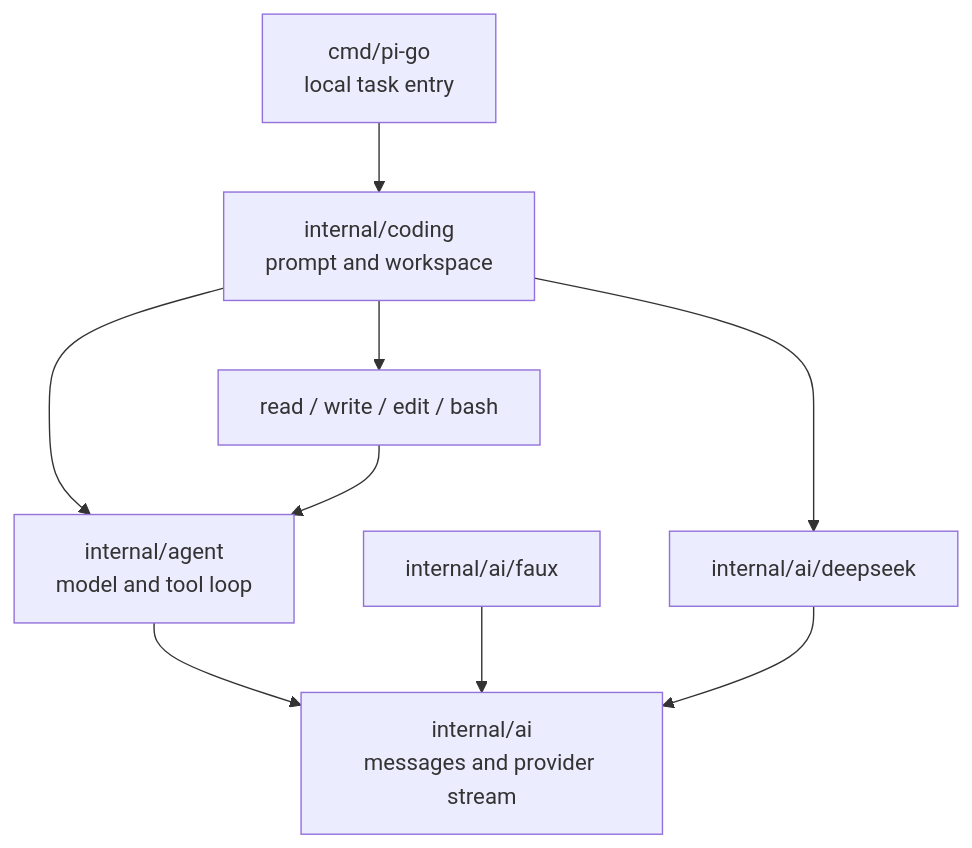
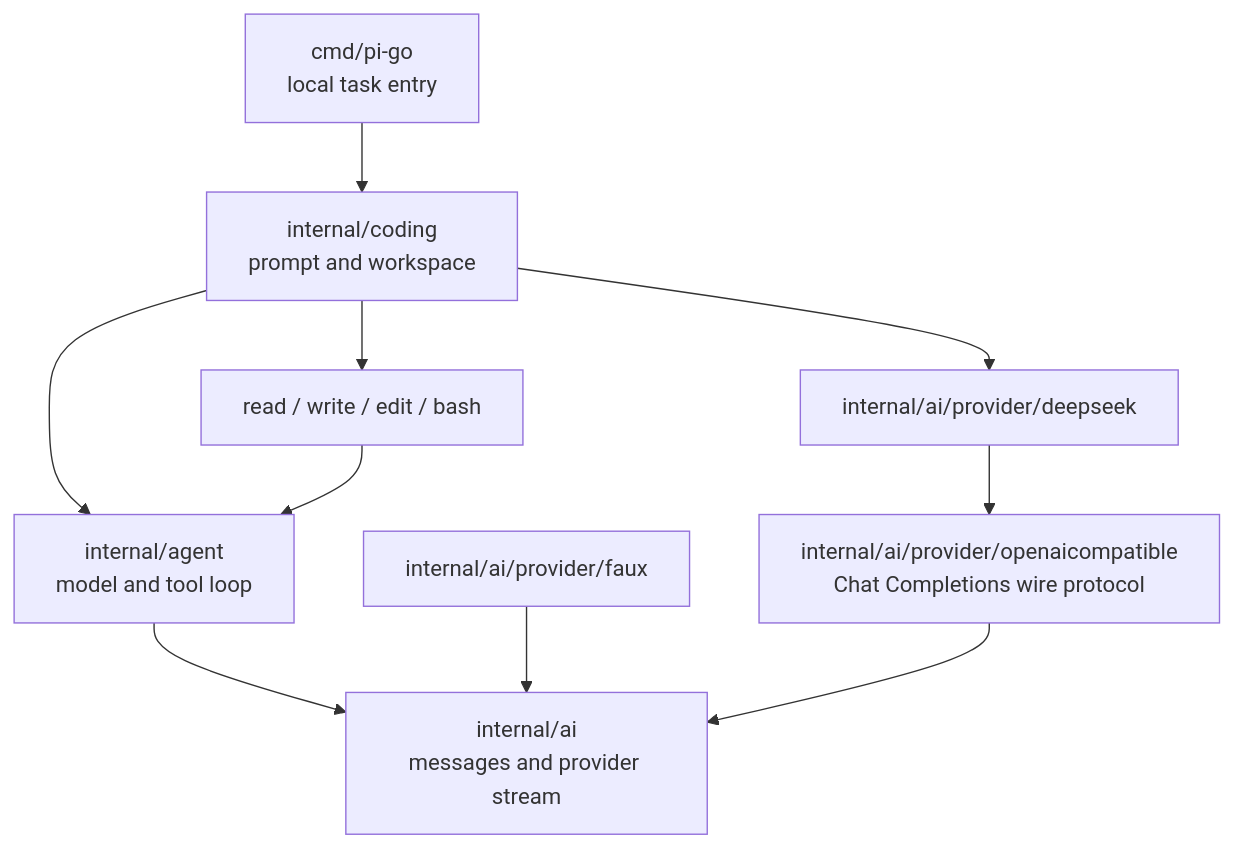
One commit to yuanbohan/pia changed the first of 3 diagrams in docs/plans/2026-07-15-001-pi-core-go-learning-port-plan.md. Above: the diagram before and after it, drawn with Mermaid. The commit also changed other lines of this file and 12 other files, not shown here.

````diff
--- a/docs/plans/2026-07-15-001-pi-core-go-learning-port-plan.md
+++ b/docs/plans/2026-07-15-001-pi-core-go-learning-port-plan.md
@@ -160,11 +160,12 @@
 ```mermaid
 flowchart TB
     CLI[cmd/pi-go\nlocal task entry] --> CODING[internal/coding\nprompt and workspace]
     CODING --> AGENT[internal/agent\nmodel and tool loop]
     CODING --> TOOLS[read / write / edit / bash]
-    CODING --> DEEPSEEK[internal/ai/deepseek]
+    CODING --> DEEPSEEK[internal/ai/provider/deepseek]
     AGENT --> AI[internal/ai\nmessages and provider stream]
     TOOLS --> AGENT
-    FAUX[internal/ai/faux] --> AI
-    DEEPSEEK --> AI
+    FAUX[internal/ai/provider/faux] --> AI
+    DEEPSEEK --> OPENAI_COMPAT[internal/ai/provider/openaicompatible\nChat Completions wire protocol]
+    OPENAI_COMPAT --> AI
 ```
````
